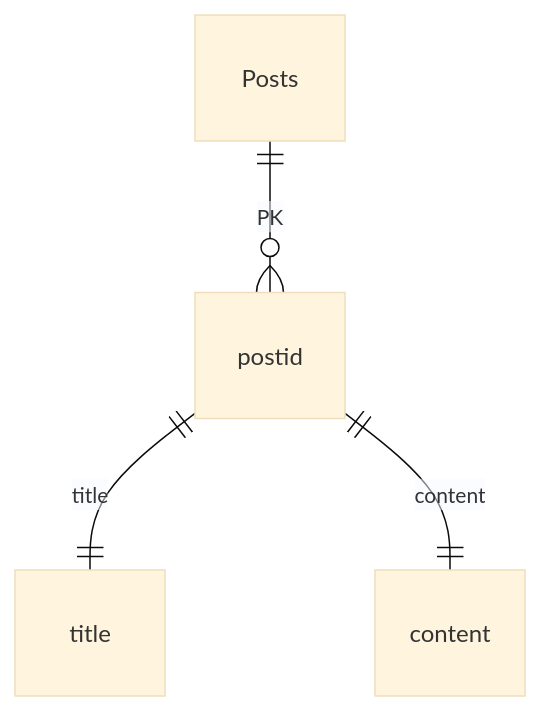
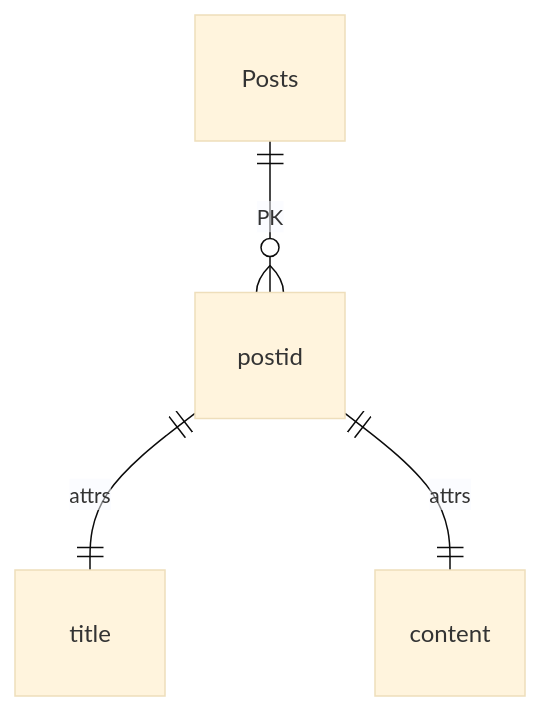
One commit to tootoyproject/Backend changed the diagram in Readme.md. Above: the diagram before and after it, drawn with Mermaid (base theme). The commit also changed other lines of this file, not shown here.

````diff
--- a/Readme.md
+++ b/Readme.md
@@ -4,7 +4,7 @@
 ```mermaid
 erDiagram
     Posts ||--o{ postid : PK
-    postid ||--|| title : title
-    postid ||--|| content : content
+    postid ||--|| title : attrs
+    postid ||--|| content : attrs
 
 ```
````
